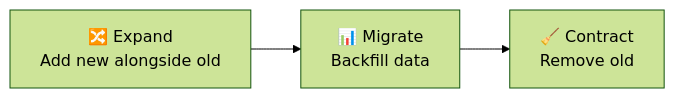
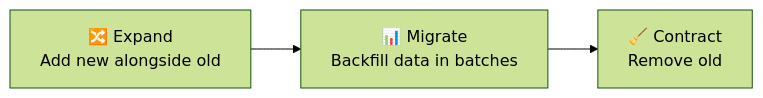
The first of 6 diagrams in lectures/lec9.md (inno-devops-labs/SRE-Intro), drawn with Mermaid (forest theme) before and after one commit. The commit also changed other lines of this file and 7 other files, not shown here.

````diff
--- a/lectures/lec9.md
+++ b/lectures/lec9.md
@@ -73,5 +96,5 @@
 ```mermaid
 graph LR
-    E["🔀 Expand<br/>Add new alongside old"] --> M["📊 Migrate<br/>Backfill data"]
+    E["🔀 Expand<br/>Add new alongside old"] --> M["📊 Migrate<br/>Backfill data in batches"]
     M --> C["🧹 Contract<br/>Remove old"]
 ```
````
